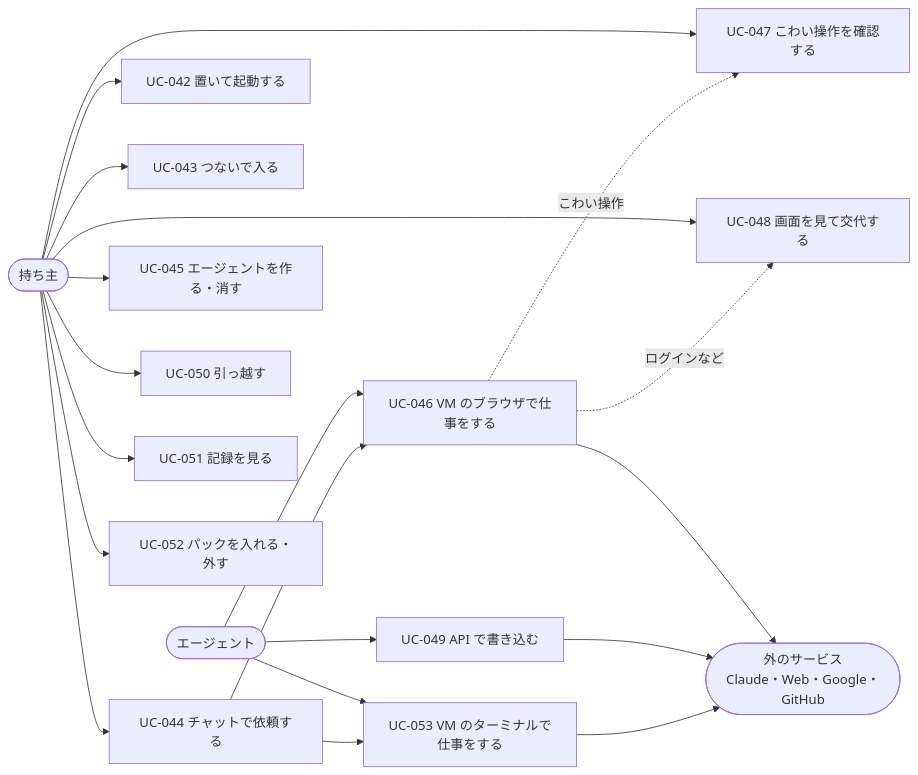
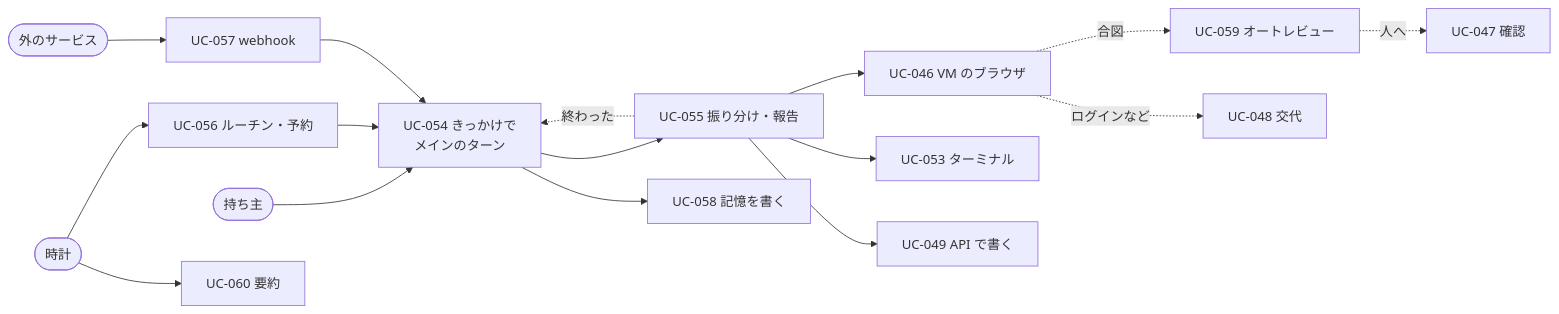
One commit to itiwoja/agent-team changed the diagram in docs/design/03_use_cases.md. Above: the diagram before and after it, drawn with Mermaid. The commit also changed other lines of this file and 25 other files, not shown here.

````diff
--- a/docs/design/03_use_cases.md
+++ b/docs/design/03_use_cases.md
@@ -13,25 +13,21 @@
 ```mermaid
 flowchart LR
  O(["持ち主"])
- A(["エージェント"])
- X(["外のサービス<br/>Claude・Web・Google・GitHub"])
- O --> U42["UC-042 置いて起動する"]
- O --> U43["UC-043 つないで入る"]
- O --> U44["UC-044 チャットで依頼する"]
- O --> U45["UC-045 エージェントを作る・消す"]
- A --> U46["UC-046 VM のブラウザで仕事をする"]
- O --> U47["UC-047 こわい操作を確認する"]
- O --> U48["UC-048 画面を見て交代する"]
- A --> U49["UC-049 API で書き込む"]
- O --> U50["UC-050 引っ越す"]
- O --> U51["UC-051 記録を見る"]
- O --> U52["UC-052 パックを入れる・外す"]
- A --> U53["UC-053 VM のターミナルで仕事をする"]
- U44 --> U46
- U44 --> U53
- U46 -.->|"こわい操作"| U47
- U46 -.->|"ログインなど"| U48
- U46 --> X
- U49 --> X
- U53 --> X
+ CLK(["時計"])
+ X(["外のサービス"])
+ O --> U54["UC-054 きっかけで<br/>メインのターン"]
+ CLK --> U56["UC-056 ルーチン・予約"]
+ X --> U57["UC-057 webhook"]
+ U56 --> U54
+ U57 --> U54
+ U54 --> U55["UC-055 振り分け・報告"]
+ U55 --> U46["UC-046 VM のブラウザ"]
+ U55 --> U53["UC-053 ターミナル"]
+ U55 --> U49["UC-049 API で書く"]
+ U46 -.->|"合図"| U59["UC-059 オートレビュー"]
+ U59 -.->|"人へ"| U47["UC-047 確認"]
+ U46 -.->|"ログインなど"| U48["UC-048 交代"]
+ U55 -.->|"終わった"| U54
+ U54 --> U58["UC-058 記憶を書く"]
+ CLK --> U60["UC-060 要約"]
 ```
````
